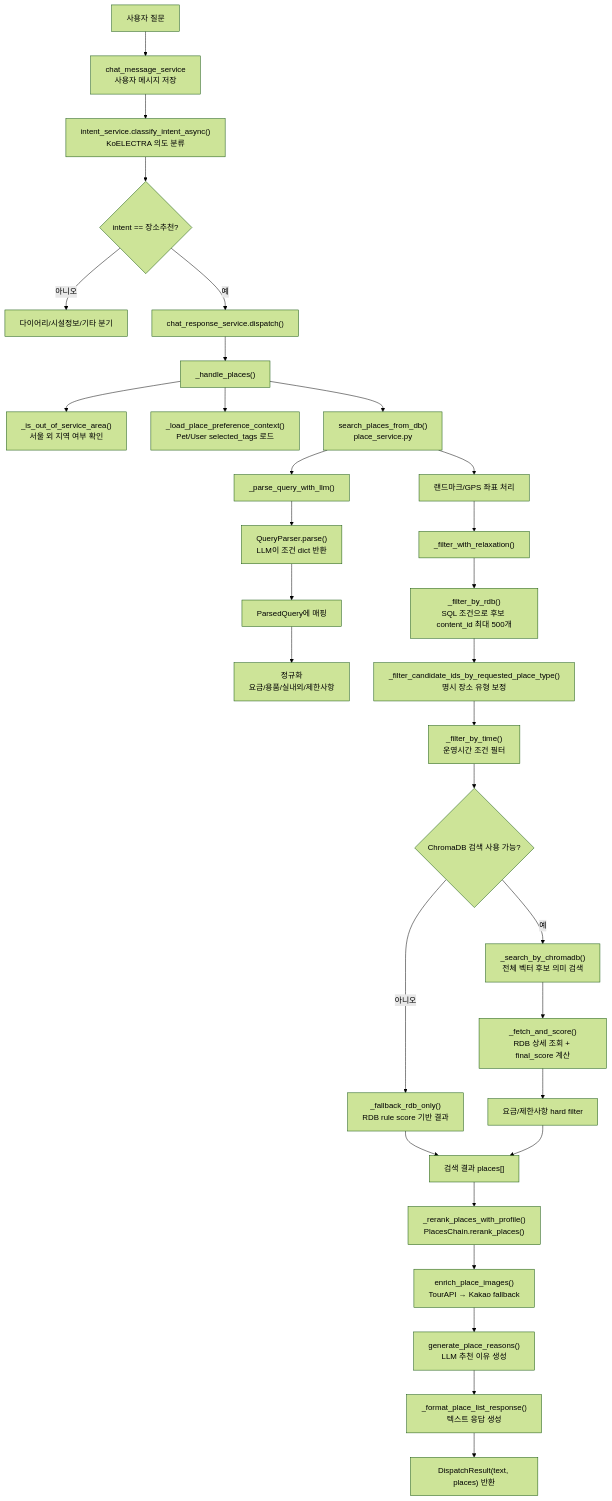
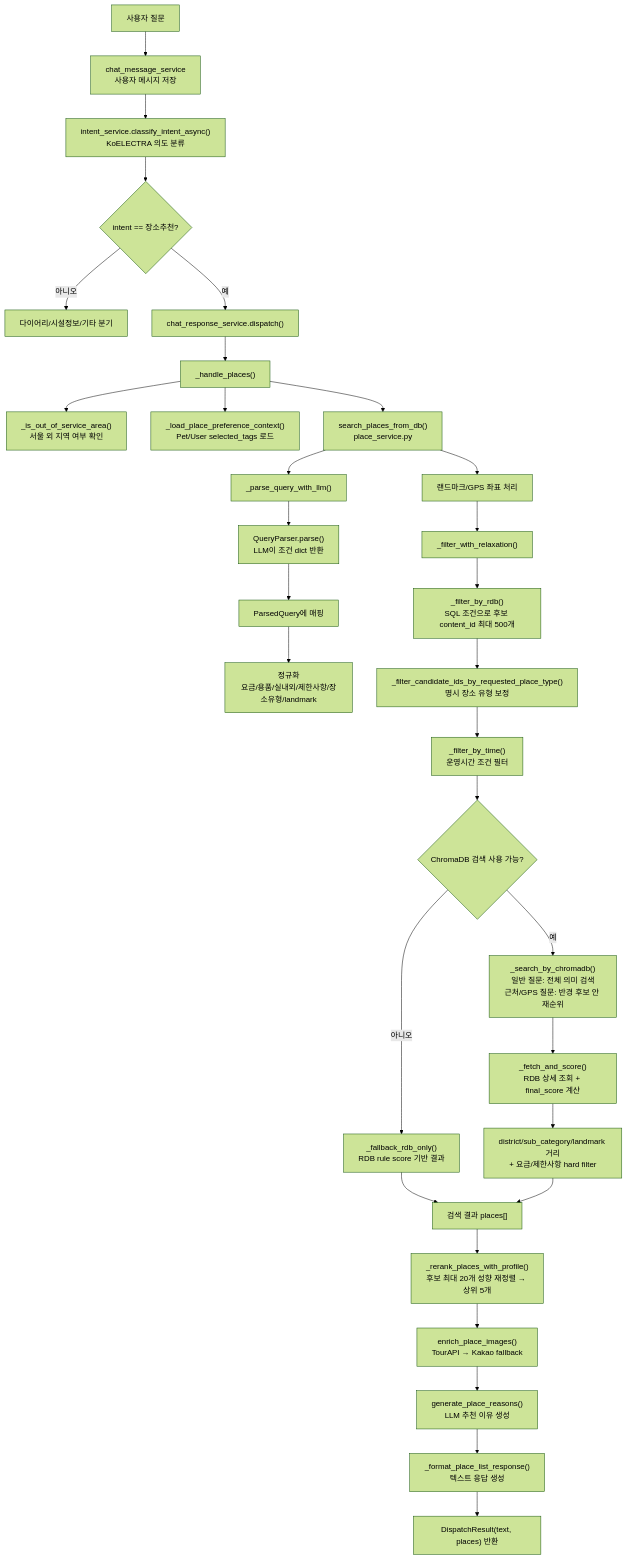
The diagram in deliverables/04_modeling/장소추천_로직_상세정리.md (SKNETWORKS-FAMILY-AICAMP/SKN23-FINAL-3Team), drawn with Mermaid (forest theme) before and after one commit. The commit also changed other lines of this file and 11 other files, not shown here.

````diff
--- a/deliverables/04_modeling/장소추천_로직_상세정리.md
+++ b/deliverables/04_modeling/장소추천_로직_상세정리.md
@@ -31,39 +31,39 @@
 ```mermaid
 flowchart TD
     A["사용자 질문"] --> B["chat_message_service<br/>사용자 메시지 저장"]
     B --> C["intent_service.classify_intent_async()<br/>KoELECTRA 의도 분류"]
     C --> D{"intent == 장소추천?"}
 
     D -->|아니오| X["다이어리/시설정보/기타 분기"]
     D -->|예| E["chat_response_service.dispatch()"]
     E --> F["_handle_places()"]
 
     F --> G["_is_out_of_service_area()<br/>서울 외 지역 여부 확인"]
     F --> H["_load_place_preference_context()<br/>Pet/User selected_tags 로드"]
     F --> I["search_places_from_db()<br/>place_service.py"]
 
     I --> J["_parse_query_with_llm()"]
     J --> K["QueryParser.parse()<br/>LLM이 조건 dict 반환"]
     K --> L["ParsedQuery에 매핑"]
-    L --> M["정규화<br/>요금/용품/실내외/제한사항"]
+    L --> M["정규화<br/>요금/용품/실내외/제한사항/장소유형/landmark"]
 
     I --> N["랜드마크/GPS 좌표 처리"]
     N --> O["_filter_with_relaxation()"]
     O --> P["_filter_by_rdb()<br/>SQL 조건으로 후보 content_id 최대 500개"]
     P --> Q["_filter_candidate_ids_by_requested_place_type()<br/>명시 장소 유형 보정"]
     Q --> R["_filter_by_time()<br/>운영시간 조건 필터"]
 
     R --> S{"ChromaDB 검색 사용 가능?"}
     S -->|아니오| T["_fallback_rdb_only()<br/>RDB rule score 기반 결과"]
-    S -->|예| U["_search_by_chromadb()<br/>전체 벡터 후보 의미 검색"]
+    S -->|예| U["_search_by_chromadb()<br/>일반 질문: 전체 의미 검색<br/>근처/GPS 질문: 반경 후보 안 재순위"]
     U --> V["_fetch_and_score()<br/>RDB 상세 조회 + final_score 계산"]
-    V --> W["요금/제한사항 hard filter"]
+    V --> W["district/sub_category/landmark 거리<br/>+ 요금/제한사항 hard filter"]
     T --> Y["검색 결과 places[]"]
     W --> Y
 
-    Y --> Z["_rerank_places_with_profile()<br/>PlacesChain.rerank_places()"]
+    Y --> Z["_rerank_places_with_profile()<br/>후보 최대 20개 성향 재정렬 → 상위 5개"]
     Z --> AA["enrich_place_images()<br/>TourAPI → Kakao fallback"]
     AA --> AB["generate_place_reasons()<br/>LLM 추천 이유 생성"]
     AB --> AC["_format_place_list_response()<br/>텍스트 응답 생성"]
     AC --> AD["DispatchResult(text, places) 반환"]
 ```
````
